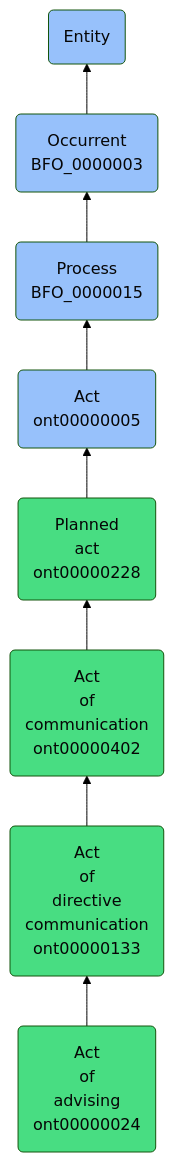
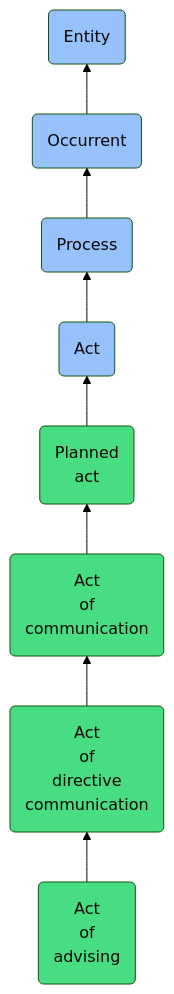
One commit to jupyter-naas/abi changed the diagram in docs/ontology/reference/model/Entity/Occurrent/Process/Act/Planned act/Act of communication/Act of directive communication/Act of advising/Act of advising.md. Above: the diagram before and after it, drawn with Mermaid (forest theme). The commit also changed other lines of this file and 1430 other files, not shown here.

````diff
--- a/docs/ontology/reference/model/Entity/Occurrent/Process/Act/Planned act/Act of communication/Act of directive communication/Act of advising/Act of advising.md
+++ b/docs/ontology/reference/model/Entity/Occurrent/Process/Act/Planned act/Act of communication/Act of directive communication/Act of advising/Act of advising.md
@@ -24,15 +24,15 @@
 ```mermaid
 graph BT
-    ont00000024(Act<br>of<br>advising<br>ont00000024):::ABI-->ont00000133
-    ont00000133(Act<br>of<br>directive<br>communication<br>ont00000133):::ABI-->ont00000402
-    ont00000402(Act<br>of<br>communication<br>ont00000402):::ABI-->ont00000228
-    ont00000228(Planned<br>act<br>ont00000228):::ABI-->ont00000005
-    ont00000005(Act<br>ont00000005):::BFO-->BFO_0000015
-    BFO_0000015(Process<br>BFO_0000015):::BFO-->BFO_0000003
-    BFO_0000003(Occurrent<br>BFO_0000003):::BFO-->BFO_0000001
+    ont00000024(Act<br>of<br>advising):::ABI-->ont00000133
+    ont00000133(Act<br>of<br>directive<br>communication):::ABI-->ont00000402
+    ont00000402(Act<br>of<br>communication):::ABI-->ont00000228
+    ont00000228(Planned<br>act):::ABI-->ont00000005
+    ont00000005(Act):::BFO-->BFO_0000015
+    BFO_0000015(Process):::BFO-->BFO_0000003
+    BFO_0000003(Occurrent):::BFO-->BFO_0000001
     BFO_0000001(Entity):::BFO
     
     classDef BFO fill:#97c1fb,color:#060606
     classDef CCO fill:#e4c51e,color:#060606
     classDef ABI fill:#48DD82,color:#060606
 ```
````
